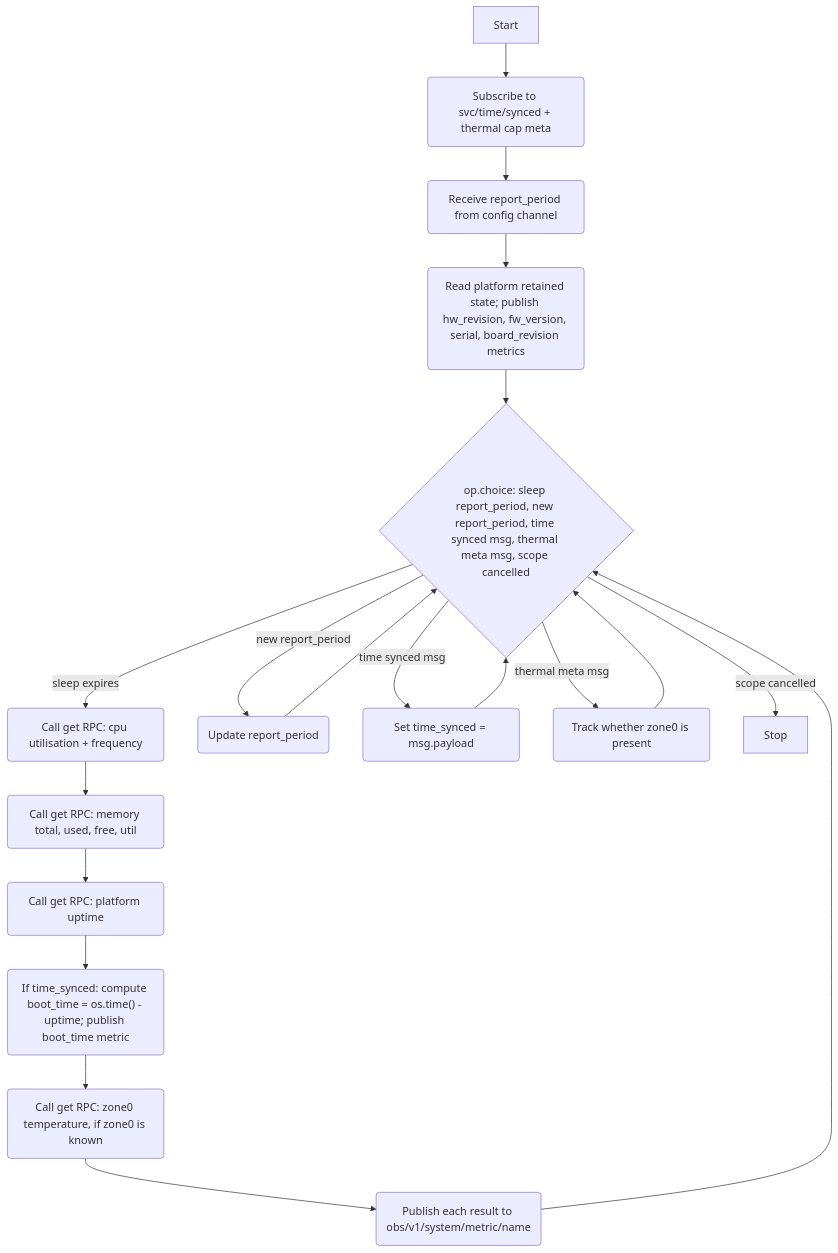
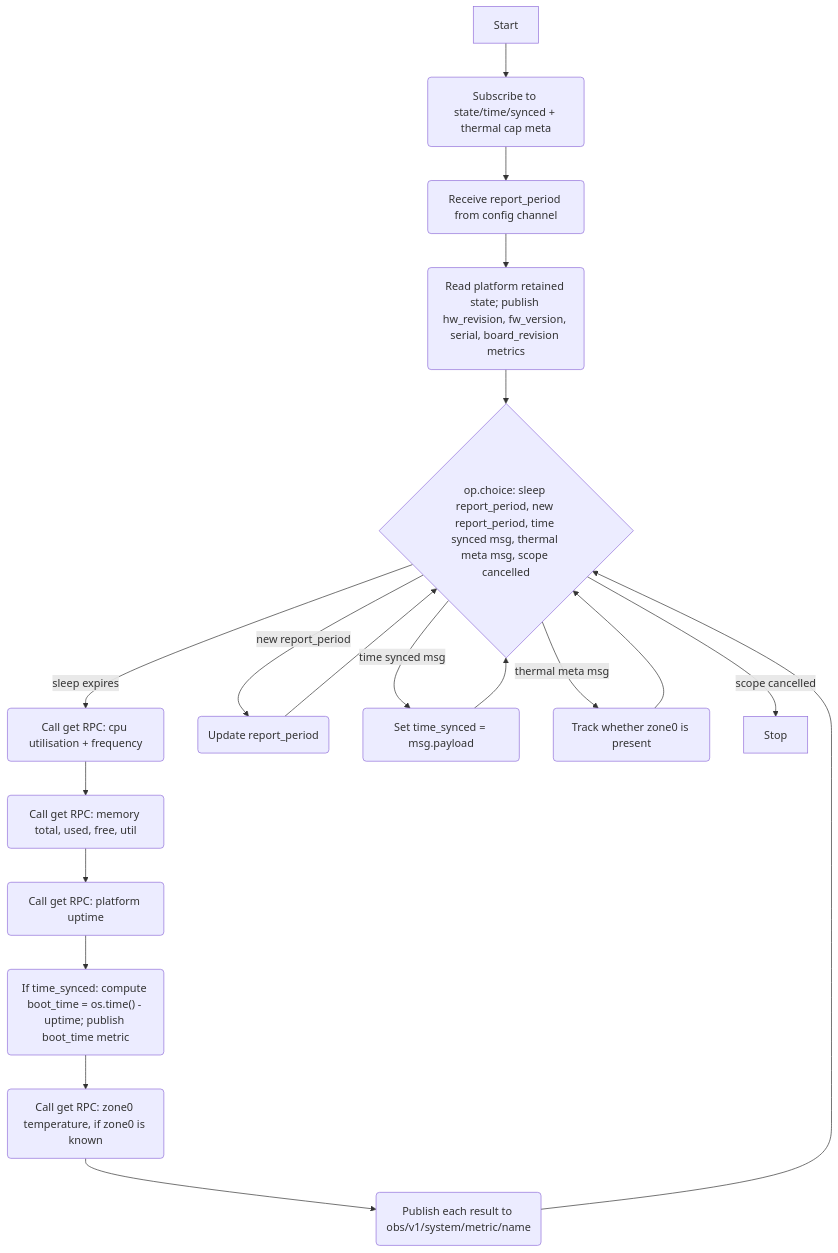
The second of 2 diagrams in docs/specs/system.md (jangala-dev/devicecode-lua), drawn with Mermaid before and after one commit. The commit also changed other lines of this file and 1 other file, not shown here.

````diff
--- a/docs/specs/system.md
+++ b/docs/specs/system.md
@@ -140,21 +140,21 @@
 ```mermaid
 flowchart TD
-  St[Start] --> A(Subscribe to svc/time/synced + thermal cap meta)
+  St[Start] --> A(Subscribe to state/time/synced + thermal cap meta)
   A --> B(Receive report_period from config channel)
   B --> C(Read platform retained state; publish hw_revision, fw_version, serial, board_revision metrics)
   C --> D{op.choice: sleep report_period, new report_period, time synced msg, thermal meta msg, scope cancelled}
   D -->|sleep expires| E(Call get RPC: cpu utilisation + frequency)
   E --> E2(Call get RPC: memory total, used, free, util)
   E2 --> E3(Call get RPC: platform uptime)
   E3 --> E4("If time_synced: compute boot_time = os.time() - uptime; publish boot_time metric")
   E4 --> E5(Call get RPC: zone0 temperature, if zone0 is known)
   E5 --> F(Publish each result to obs/v1/system/metric/name)
   F --> D
   D -->|new report_period| I(Update report_period)
   I --> D
   D -->|time synced msg| J(Set time_synced = msg.payload)
   J --> D
   D -->|thermal meta msg| K(Track whether zone0 is present)
   K --> D
   D -->|scope cancelled| En[Stop]
 ```
````
